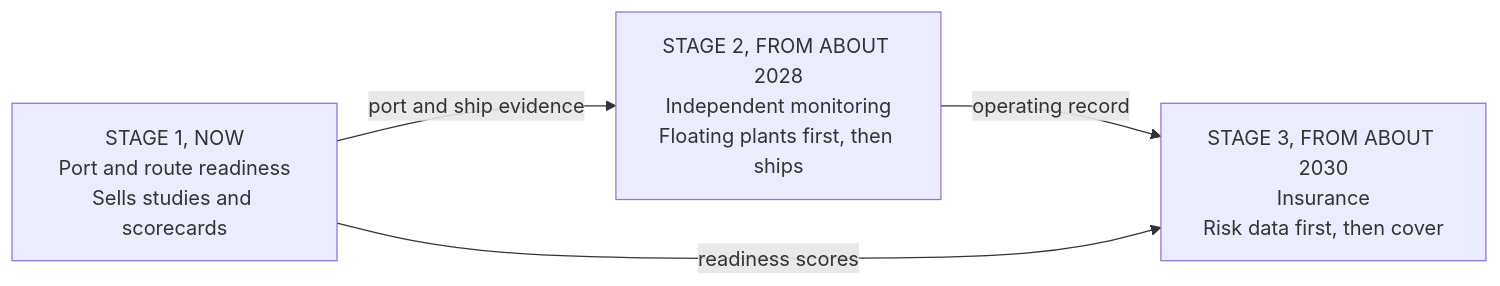
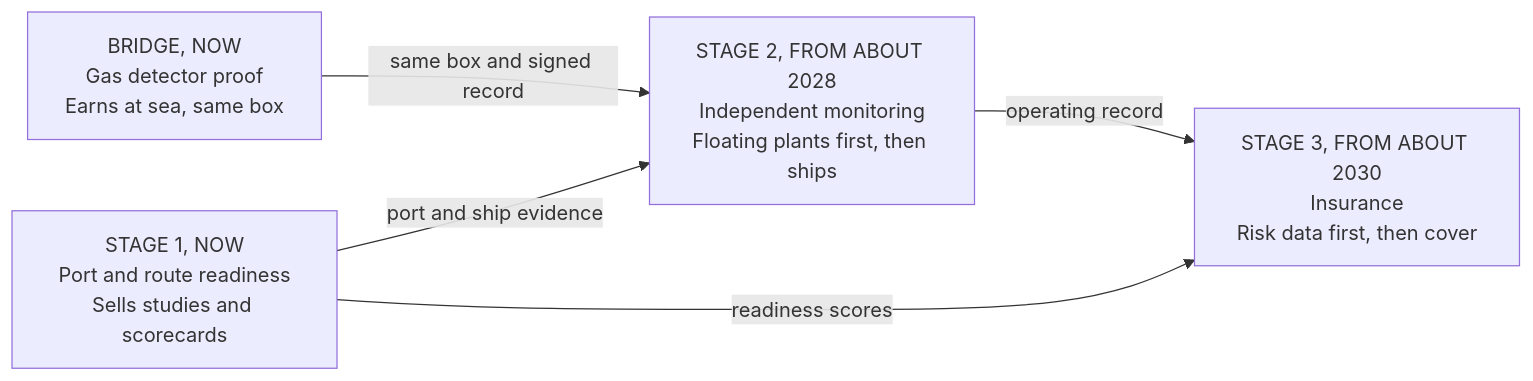
The first of 5 diagrams in README.md (tinha04/ShippingIndustry), drawn with Mermaid before and after one commit. The commit also changed other lines of this file and 23 other files, not shown here.

First line of the commit message:
Add gas detection bridge idea and monitoring prepare now plan

````diff
--- a/README.md
+++ b/README.md
@@ -19,9 +21,11 @@
 ```mermaid
 flowchart LR
+    G["BRIDGE, NOW<br/>Gas detector proof<br/>Earns at sea, same box"]
     A["STAGE 1, NOW<br/>Port and route readiness<br/>Sells studies and scorecards"]
     B["STAGE 2, FROM ABOUT 2028<br/>Independent monitoring<br/>Floating plants first, then ships"]
     C["STAGE 3, FROM ABOUT 2030<br/>Insurance<br/>Risk data first, then cover"]
+    G -- "same box and signed record" --> B
     A -- "port and ship evidence" --> B
     B -- "operating record" --> C
     A -- "readiness scores" --> C
 ```
````
